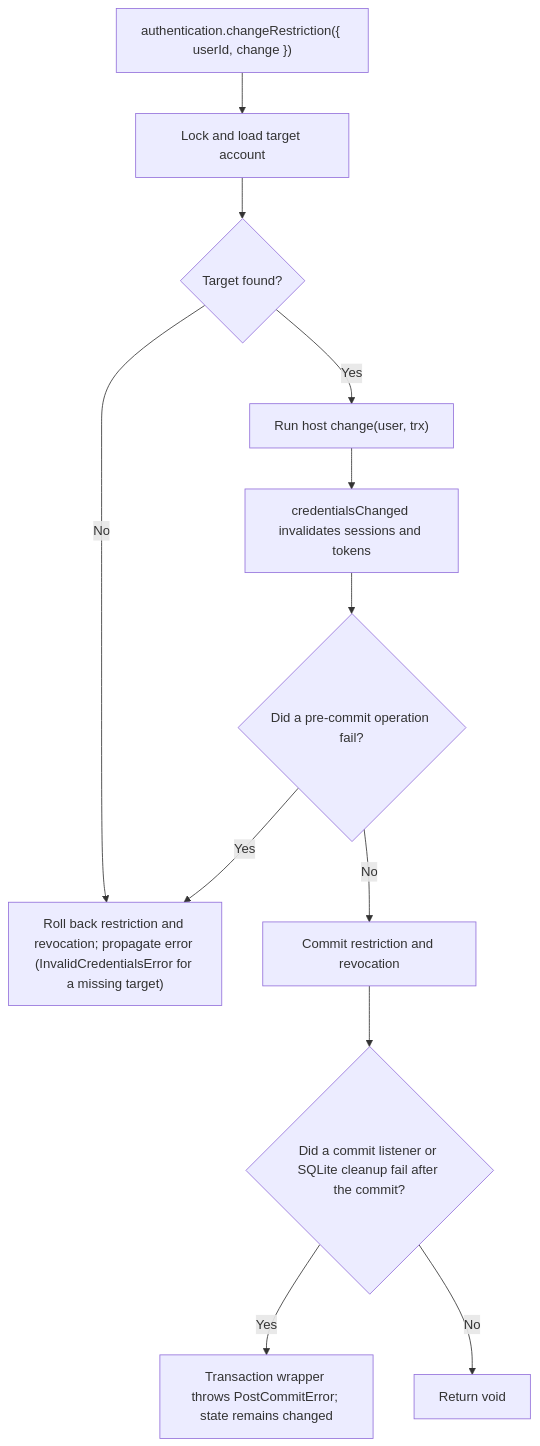
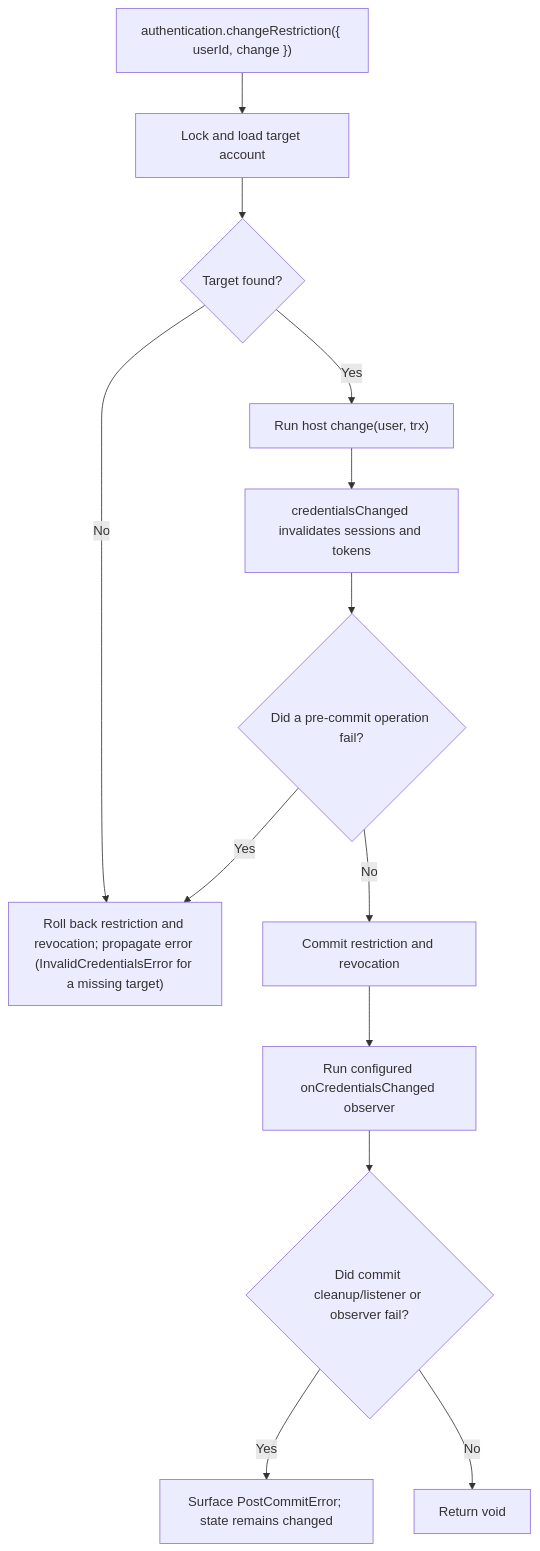
The second of 2 diagrams in user-stories/US-ACCOUNT-43-change-account-restriction.md (Kevinjohn/oss-adonisjs-account-kit), drawn with Mermaid before and after one commit. The commit also changed other lines of this file and 43 other files, not shown here.

````diff
--- a/user-stories/US-ACCOUNT-43-change-account-restriction.md
+++ b/user-stories/US-ACCOUNT-43-change-account-restriction.md
@@ -34,14 +34,15 @@
 ```mermaid
 flowchart TD
  A["authentication.changeRestriction({ userId, change })"] --> B["Lock and load target account"]
  B --> B1{"Target found?"}
  B1 -->|No| F
  B1 -->|Yes| C["Run host change(user, trx)"]
  C --> D["credentialsChanged invalidates sessions and tokens"]
  D --> E{"Did a pre-commit operation fail?"}
  E -->|Yes| F["Roll back restriction and revocation; propagate error (InvalidCredentialsError for a missing target)"]
  E -->|No| G["Commit restriction and revocation"]
- G --> H{"Did a commit listener or SQLite cleanup fail after the commit?"}
- H -->|Yes| I["Transaction wrapper throws PostCommitError; state remains changed"]
+ G --> O["Run configured onCredentialsChanged observer"]
+ O --> H{"Did commit cleanup/listener or observer fail?"}
+ H -->|Yes| I["Surface PostCommitError; state remains changed"]
  H -->|No| J["Return void"]
 ```
````
